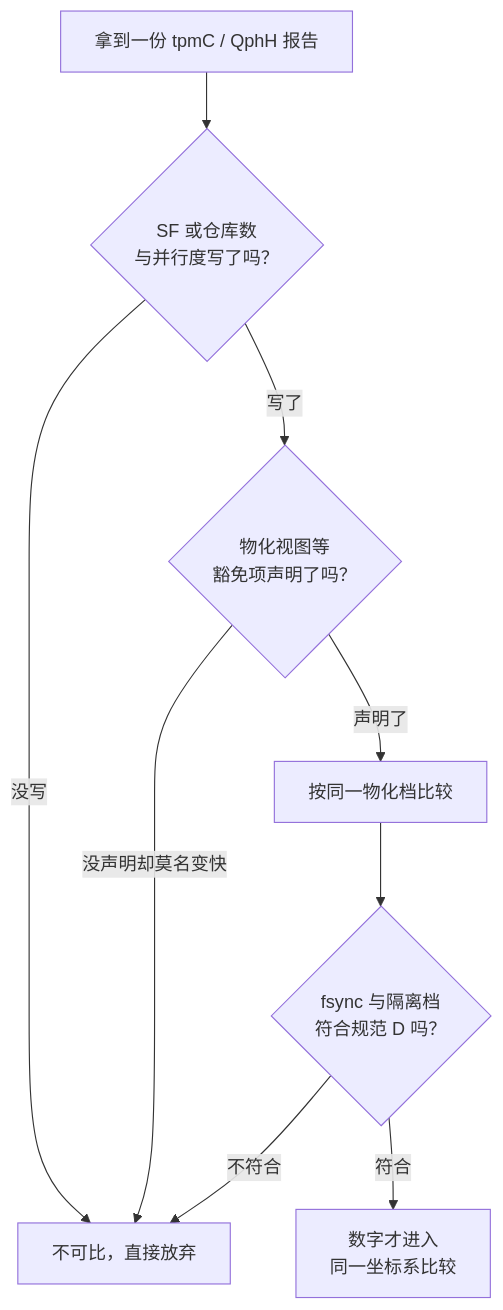
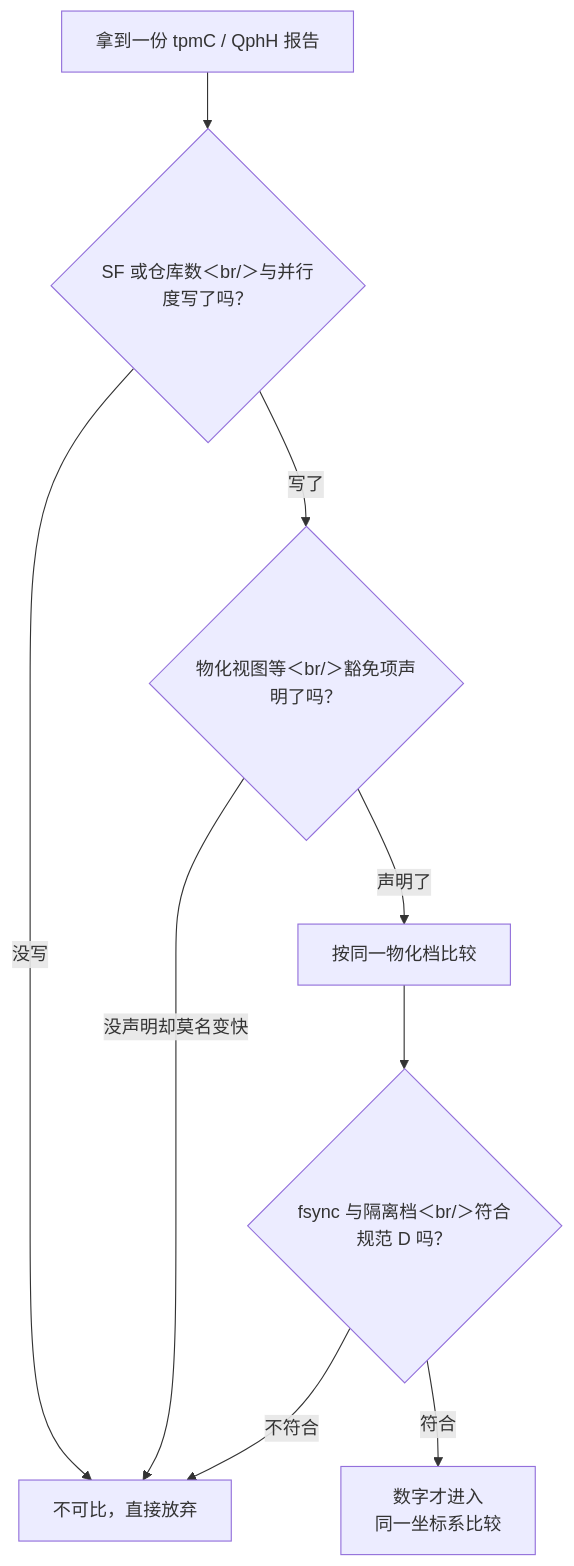
The second of 2 diagrams in docs/cs/tpc-benchmarks.md (xhongduo-tech/xhongduo-tech.github.io), drawn with Mermaid before and after one commit. The commit also changed 291 other files, not shown here.

Commit message:
Normalize lesson titles to tree names and repair mermaid arrow/quote syntax site-wide.

````diff
--- a/docs/cs/tpc-benchmarks.md
+++ b/docs/cs/tpc-benchmarks.md
@@ -44,11 +44,11 @@
 ```mermaid
 flowchart TD
-  R["拿到一份 tpmC / QphH 报告"] --> S1{"SF 或仓库数<br/>与并行度写了吗？"}
+  R["拿到一份 tpmC / QphH 报告"] --> S1{"SF 或仓库数＜br/＞与并行度写了吗？"}
   S1 -->|"没写"| X["不可比，直接放弃"]
-  S1 -->|"写了"| S2{"物化视图等<br/>豁免项声明了吗？"}
+  S1 -->|"写了"| S2{"物化视图等＜br/＞豁免项声明了吗？"}
   S2 -->|"声明了"| S3["按同一物化档比较"]
   S2 -->|"没声明却莫名变快"| X
-  S3 --> S4{"fsync 与隔离档<br/>符合规范 D 吗？"}
+  S3 --> S4{"fsync 与隔离档＜br/＞符合规范 D 吗？"}
   S4 -->|"不符合"| X
   S4 -->|"符合"| OK["数字才进入<br/>同一坐标系比较"]
 ```
````
